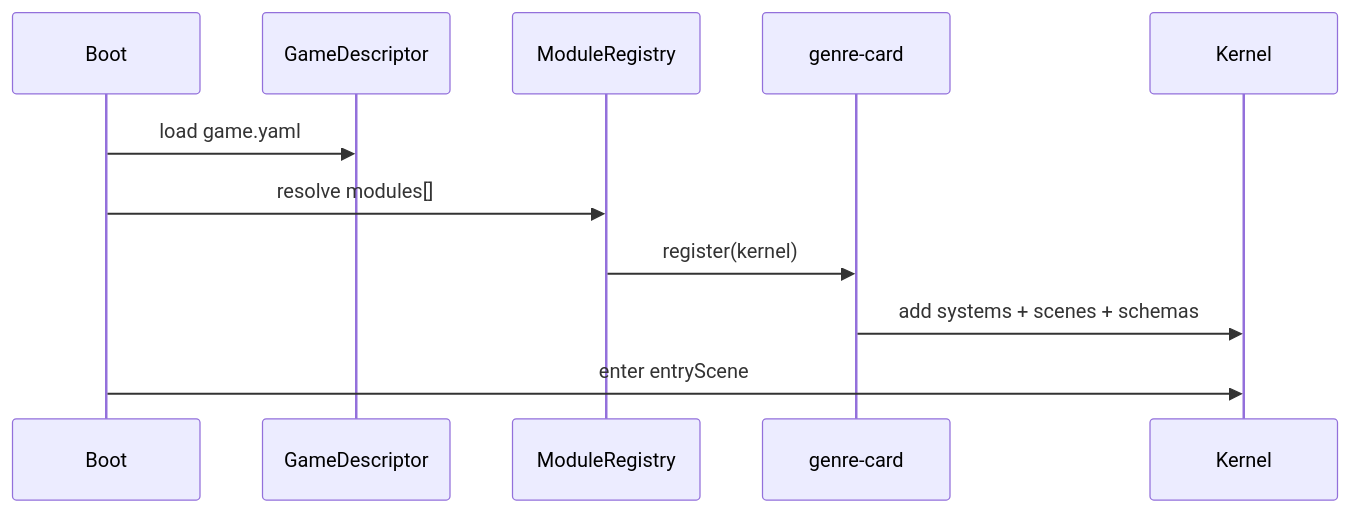
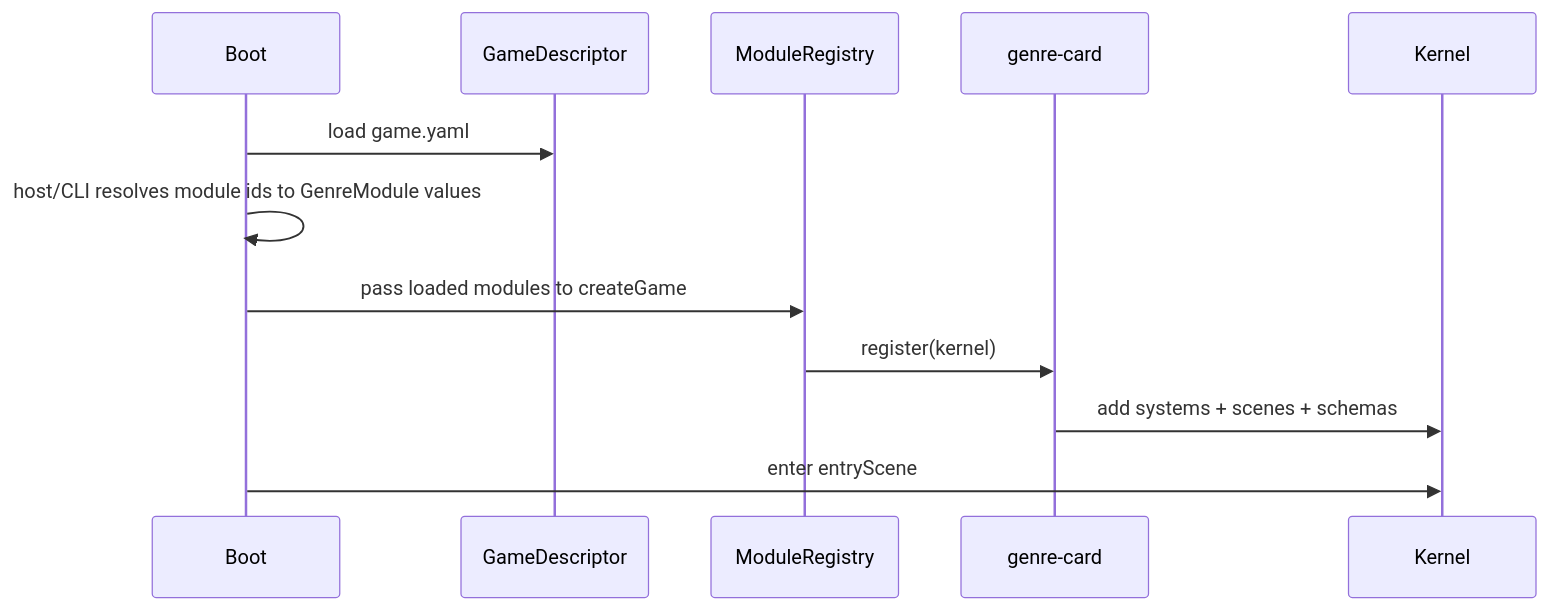
The fourth of 10 diagrams in anvil/docs/design/12_SEQUENCES_AND_SWIMLANES.md (7etsuo/anvil), drawn with Mermaid before and after one commit. The commit also changed other lines of this file and 84 other files, not shown here.

````diff
--- a/anvil/docs/design/12_SEQUENCES_AND_SWIMLANES.md
+++ b/anvil/docs/design/12_SEQUENCES_AND_SWIMLANES.md
@@ -70,14 +70,15 @@
 ```mermaid
 sequenceDiagram
   participant Boot
   participant Desc as GameDescriptor
   participant Reg as ModuleRegistry
   participant Card as genre-card
   participant Ker as Kernel
 
   Boot->>Desc: load game.yaml
-  Boot->>Reg: resolve modules[]
+  Boot->>Boot: host/CLI resolves module ids to GenreModule values
+  Boot->>Reg: pass loaded modules to createGame
   Reg->>Card: register(kernel)
   Card->>Ker: add systems + scenes + schemas
   Boot->>Ker: enter entryScene
 ```
````
